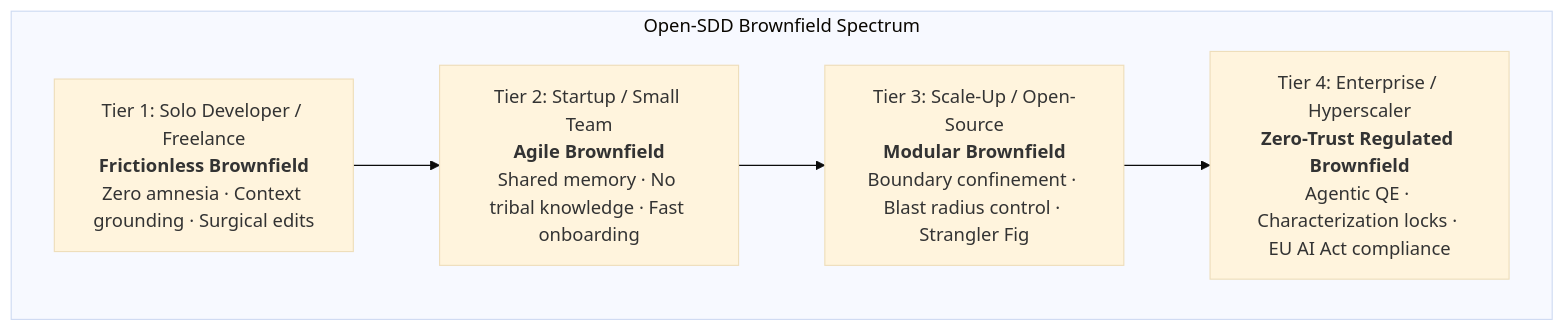
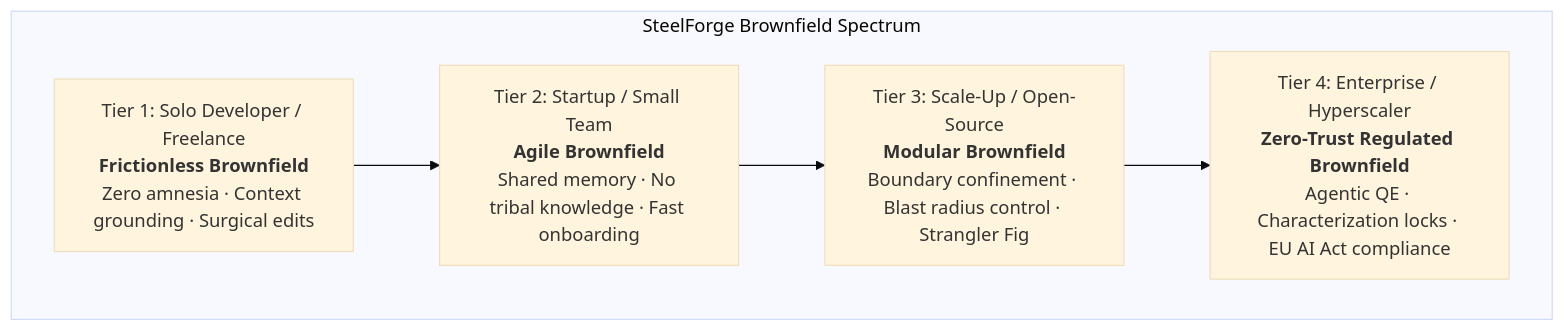
The diagram in docs/guides/universal-brownfield-sdd.md (Brujo2020/OpenSDD), drawn with Mermaid (base theme) before and after one commit. The commit also changed other lines of this file and 467 other files, not shown here.

First line of the commit message:
feat!: el producto pasa a llamarse SteelForge — SDD Toolkit

````diff
--- a/docs/guides/universal-brownfield-sdd.md
+++ b/docs/guides/universal-brownfield-sdd.md
@@ -13,11 +13,11 @@
 ```mermaid
 flowchart TD
-  subgraph Tiers [Open-SDD Brownfield Spectrum]
+  subgraph Tiers [SteelForge Brownfield Spectrum]
     T1["Tier 1: Solo Developer / Freelance<br/><b>Frictionless Brownfield</b><br/>Zero amnesia · Context grounding · Surgical edits"]
     T2["Tier 2: Startup / Small Team<br/><b>Agile Brownfield</b><br/>Shared memory · No tribal knowledge · Fast onboarding"]
     T3["Tier 3: Scale-Up / Open-Source<br/><b>Modular Brownfield</b><br/>Boundary confinement · Blast radius control · Strangler Fig"]
     T4["Tier 4: Enterprise / Hyperscaler<br/><b>Zero-Trust Regulated Brownfield</b><br/>Agentic QE · Characterization locks · EU AI Act compliance"]
   end
 
   T1 --> T2 --> T3 --> T4
 ```
````
